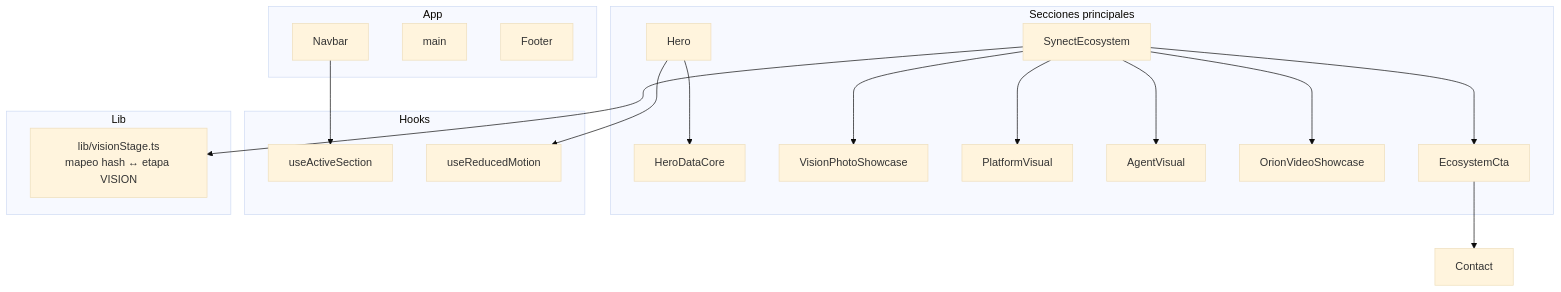
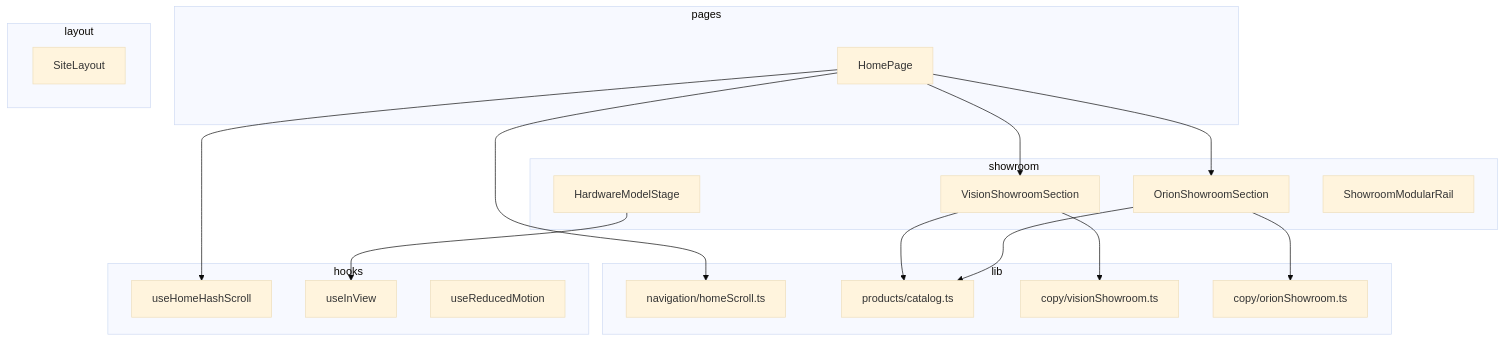
Before and after one commit to augusto0111/SynecT: the fifth of 6 diagrams in docs/DIAGRAMA-FLUJO.md, drawn with Mermaid (base theme). The commit also changed other lines of this file and 3 other files, not shown here.

Commit message:
Refresh README and docs to match the hardware-first showroom site.

````diff
--- a/docs/DIAGRAMA-FLUJO.md
+++ b/docs/DIAGRAMA-FLUJO.md
@@ -252,31 +163,40 @@
 ```mermaid
 flowchart TB
-    subgraph App
-        Navbar
-        Main[main]
-        Footer
+    subgraph pages
+        HomePage
     end
 
-    subgraph MainSections[Secciones principales]
-        Hero --> HeroDataCore
-        SynectEcosystem --> VisionPhotoShowcase
-        SynectEcosystem --> PlatformVisual
-        SynectEcosystem --> AgentVisual
-        SynectEcosystem --> OrionVideoShowcase
-        SynectEcosystem --> EcosystemCta
+    subgraph layout
+        SiteLayout
     end
 
-    subgraph Hooks
-        useActiveSection
+    subgraph showroom
+        VisionShowroomSection
+        OrionShowroomSection
+        HardwareModelStage
+        ShowroomModularRail
+    end
+
+    subgraph lib
+        homeScroll[navigation/homeScroll.ts]
+        catalog[products/catalog.ts]
+        visionCopy[copy/visionShowroom.ts]
+        orionCopy[copy/orionShowroom.ts]
+    end
+
+    subgraph hooks
+        useHomeHashScroll
+        useInView
         useReducedMotion
     end
 
-    subgraph Lib
-        visionStage["lib/visionStage.ts<br/>mapeo hash ↔ etapa VISION"]
-    end
-
-    Navbar --> useActiveSection
-    Hero --> useReducedMotion
-    SynectEcosystem --> visionStage
-    EcosystemCta --> Contact
+    HomePage --> VisionShowroomSection
+    HomePage --> OrionShowroomSection
+    VisionShowroomSection --> catalog
+    VisionShowroomSection --> visionCopy
+    OrionShowroomSection --> catalog
+    OrionShowroomSection --> orionCopy
+    HardwareModelStage --> useInView
+    HomePage --> useHomeHashScroll
+    HomePage --> homeScroll
 ```
````
